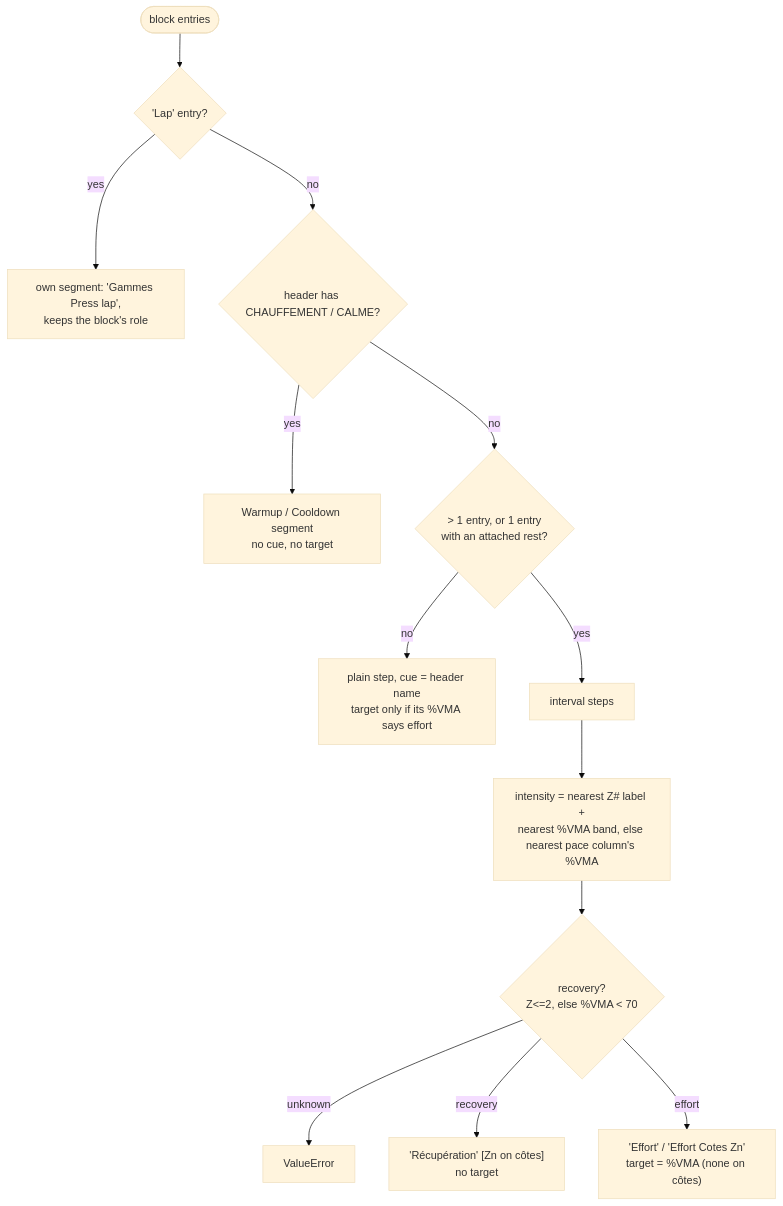
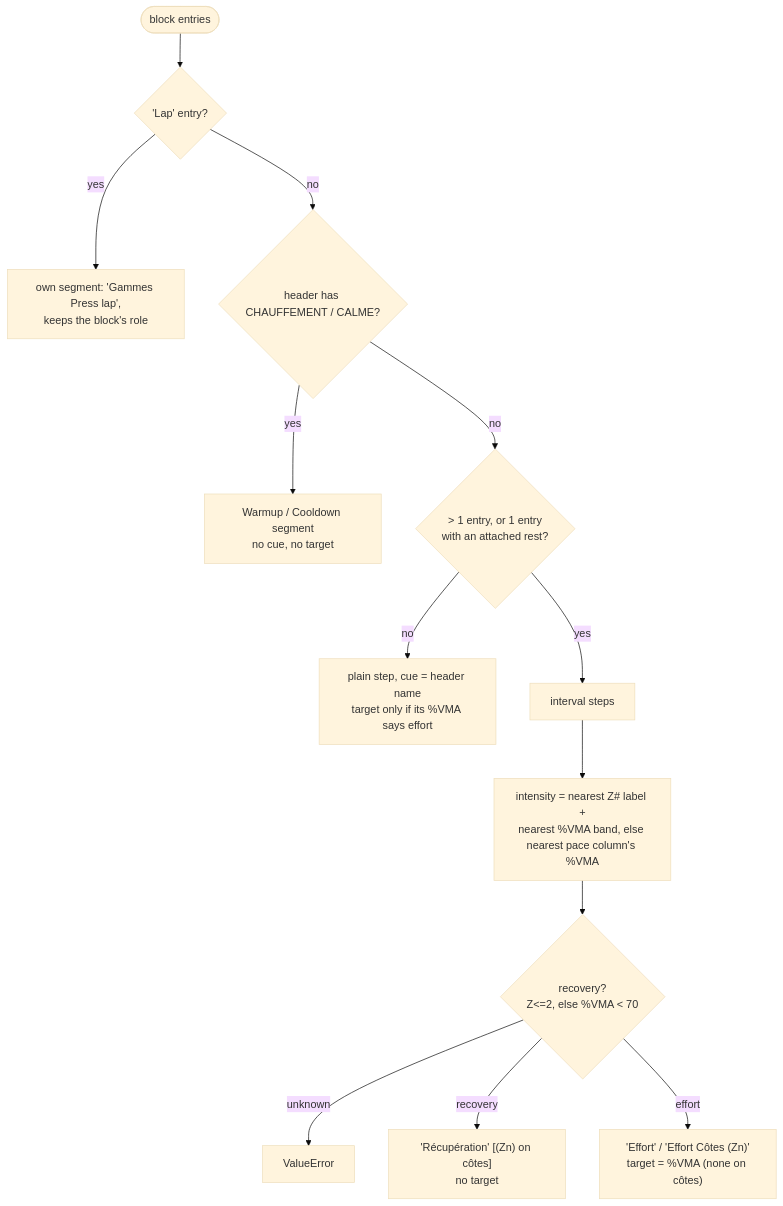
The second of 2 diagrams in ARCHITECTURE.md (Duranson/planiteam-to-coros), drawn with Mermaid (base theme) before and after one commit. The commit also changed 9 other files, not shown here.

````diff
--- a/ARCHITECTURE.md
+++ b/ARCHITECTURE.md
@@ -41,15 +41,15 @@
 ```mermaid
 flowchart TD
     E(["block entries"]) --> LAP{"'Lap' entry?"}
     LAP -- yes --> LAPSEG["own segment: 'Gammes Press lap',\nkeeps the block's role"]
     LAP -- no --> ROLE{"header has CHAUFFEMENT / CALME?"}
     ROLE -- yes --> ROLESEG["Warmup / Cooldown segment\nno cue, no target"]
     ROLE -- no --> MULTI{"> 1 entry, or 1 entry\nwith an attached rest?"}
     MULTI -- no --> PLAIN["plain step, cue = header name\ntarget only if its %VMA says effort"]
     MULTI -- yes --> INT["interval steps"]
     INT --> INTENSITY["intensity = nearest Z# label +\nnearest %VMA band, else nearest pace column's %VMA"]
     INTENSITY --> KIND{"recovery?\nZ<=2, else %VMA < 70"}
     KIND -- "unknown" --> ERR["ValueError"]
-    KIND -- recovery --> REC["'Récupération' [Zn on côtes]\nno target"]
-    KIND -- effort --> EFF["'Effort' / 'Effort Cotes Zn'\ntarget = %VMA (none on côtes)"]
+    KIND -- recovery --> REC["'Récupération' [(Zn) on côtes]\nno target"]
+    KIND -- effort --> EFF["'Effort' / 'Effort Côtes (Zn)'\ntarget = %VMA (none on côtes)"]
 ```
````
